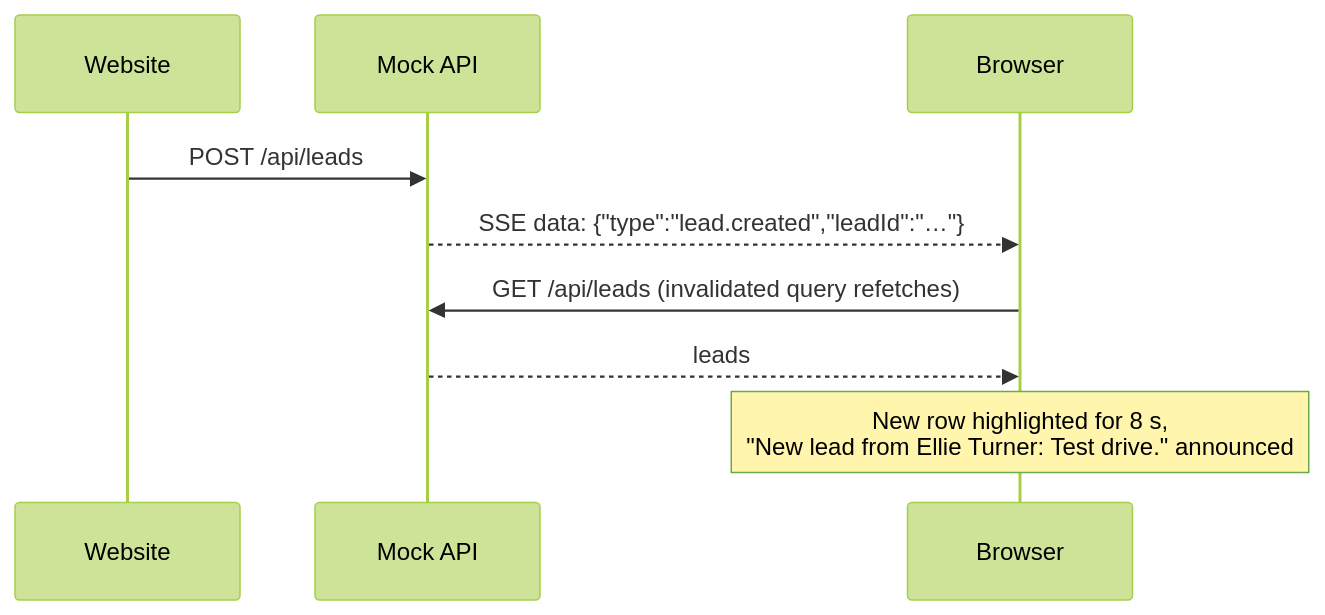
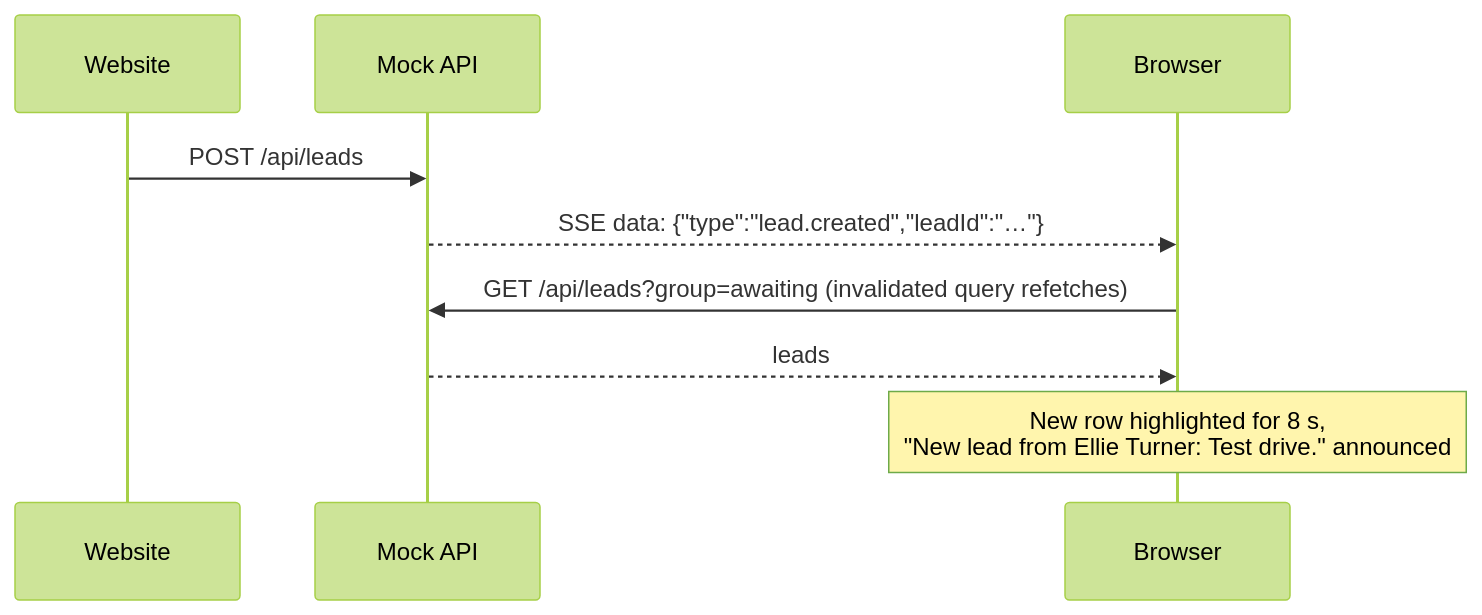
Before and after one commit to vmtung/keyloop-lead-manager: the fourth of 6 diagrams in docs/design.md, drawn with Mermaid (forest theme). The commit also changed other lines of this file and 28 other files, not shown here.

````diff
--- a/docs/design.md
+++ b/docs/design.md
@@ -158,11 +158,11 @@
 ```mermaid
 sequenceDiagram
   participant W as Website
   participant A as Mock API
   participant B as Browser
   W->>A: POST /api/leads
   A-->>B: SSE data: {"type":"lead.created","leadId":"…"}
-  B->>A: GET /api/leads (invalidated query refetches)
+  B->>A: GET /api/leads?group=awaiting (invalidated query refetches)
   A-->>B: leads
   Note over B: New row highlighted for 8 s,<br/>"New lead from Ellie Turner: Test drive." announced
 ```
````
